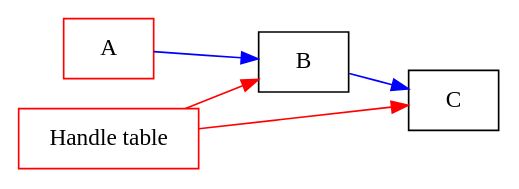
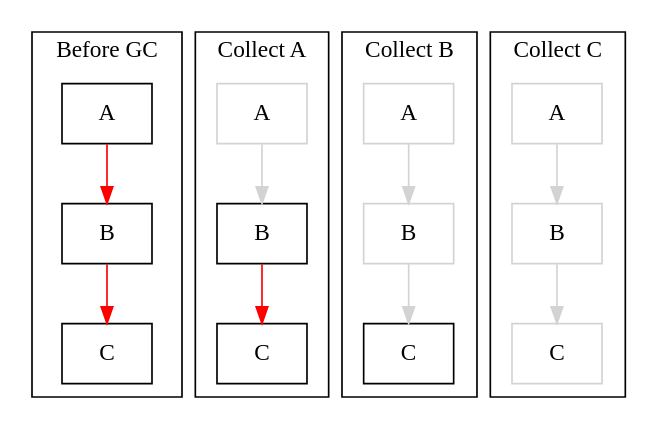
Before and after one commit to aardvark179/aardvark179.github.io: the second of 6 diagrams in drafts/capi.org, drawn with Graphviz. The commit also changed other lines of this file, not shown here.

Commit message:
Improve diagrams of objects and garbage collection.

```diff
--- a/drafts/capi.org
+++ b/drafts/capi.org
@@ -113,16 +85,40 @@
-#+BEGIN_SRC dot :file diagram3.svg :exports results
+#+BEGIN_SRC dot :file diagram_gc.svg :exports results
 digraph D {
- rankdir="LR";
+ subgraph cluster_before {
+  label = "Before GC";
+  A_1 [label="A" shape = box]
+  B_1 [label="B" shape = box]
+  C_1 [label="C" shape = box]
 
- X [label="Handle table" shape=box color = red]
- A [shape = box color = red]
- B [shape = box]
- C [shape = box]
+  A_1 -> B_1 [color=red]
+  B_1 -> C_1 [color=red]
+ }
+ subgraph cluster_gc_1 {
+  label = "Collect A";
+  A_2 [label="A" shape = box color=lightgray]
+  B_2 [label="B" shape = box]
+  C_2 [label="C" shape = box]
 
- A -> B [color=blue]
- B -> C [color=blue]
+  A_2 -> B_2 [color=lightgrey]
+  B_2 -> C_2 [color=red]
+ }
+ subgraph cluster_gc_2 {
+  label = "Collect B";
+  A_3 [label="A" shape = box color=lightgray]
+  B_3 [label="B" shape = box color=lightgray]
+  C_3 [label="C" shape = box]
 
- X -> B [color=red]
- X -> C [color=red]
+  A_3 -> B_3 [color=lightgrey]
+  B_3 -> C_3 [color=lightgray]
+ }
+ subgraph cluster_gc_3 {
+  label = "Collect C";
+  A_4 [label="A" shape = box color=lightgray]
+  B_4 [label="B" shape = box color=lightgray]
+  C_4 [label="C" shape = box color=lightgray]
+
+  A_4 -> B_4 [color=lightgrey]
+  B_4 -> C_4 [color=lightgray]
+ }
 }
 #+END_SRC
```
